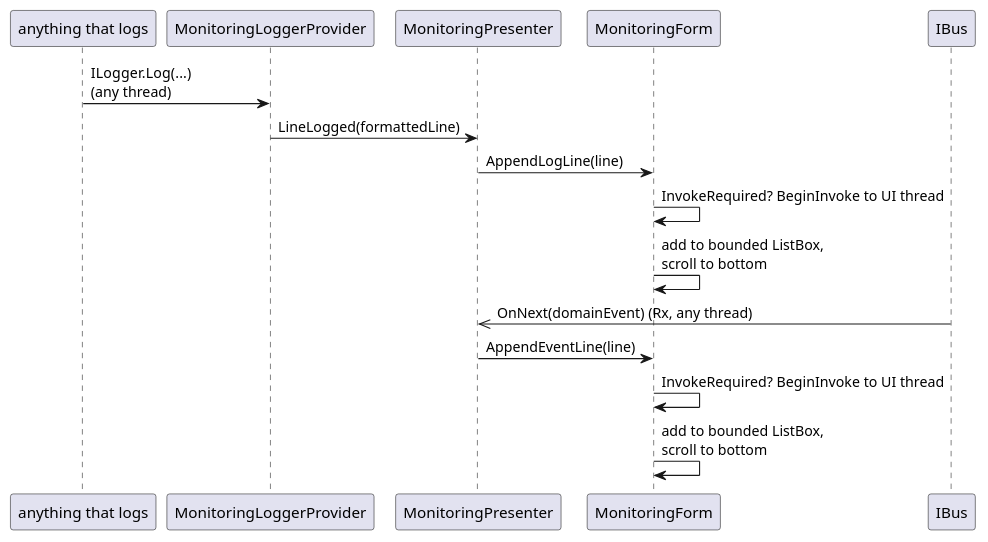
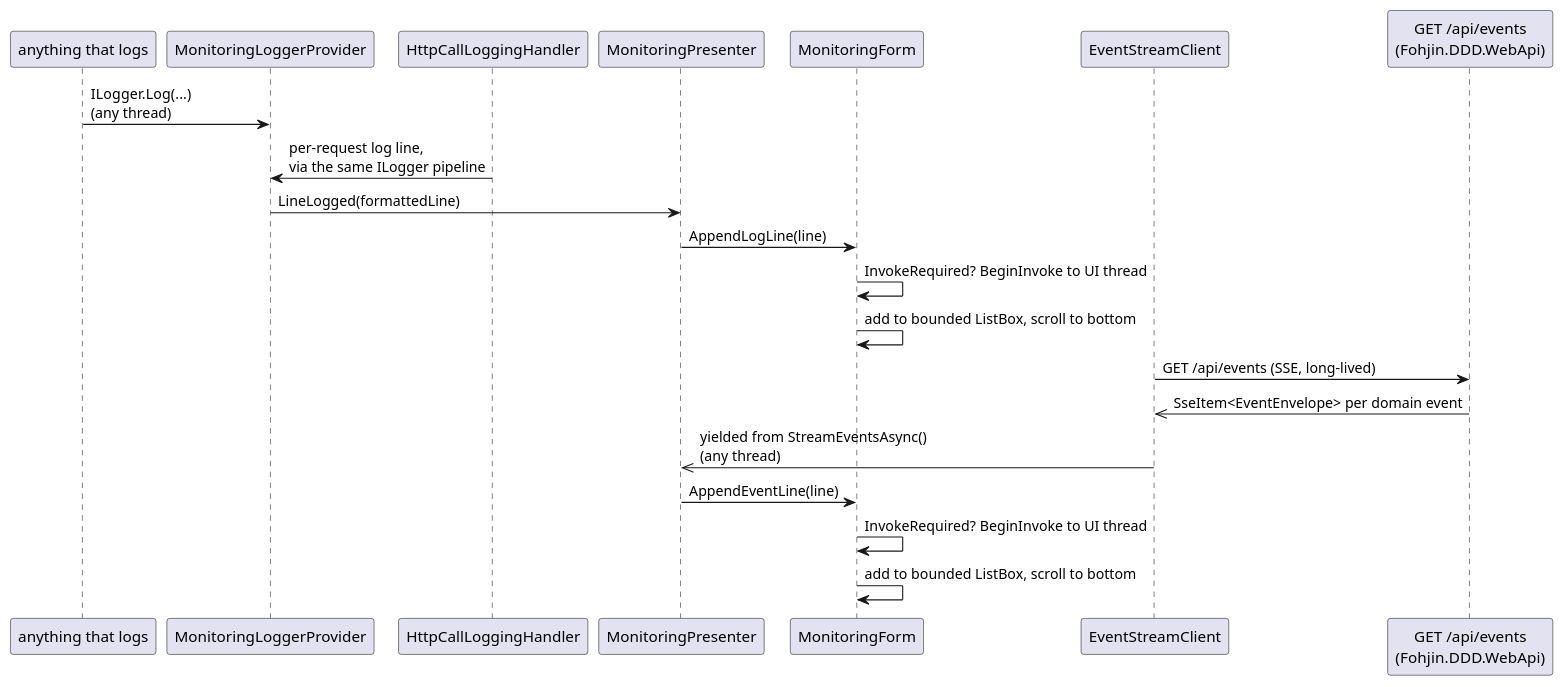
Before and after one commit to Mwwhited-BookLearning/fohjin-cqrs: diagram 11 of 12 in docs/09-winforms-ui.md, drawn with PlantUML. The commit also changed other lines of this file and 8 other files, not shown here.

````diff
--- a/docs/09-winforms-ui.md
+++ b/docs/09-winforms-ui.md
@@ -248,20 +288,25 @@
 ```plantuml
 @startuml
 participant "anything that logs" as Logger
 participant "MonitoringLoggerProvider" as Provider
+participant "HttpCallLoggingHandler" as HttpLog
 participant "MonitoringPresenter" as Presenter
 participant "MonitoringForm" as View
-participant "IBus" as Bus
+participant "EventStreamClient" as Sse
+participant "GET /api/events\n(Fohjin.DDD.WebApi)" as Endpoint
 
 Logger -> Provider : ILogger.Log(...)\n(any thread)
+HttpLog -> Provider : per-request log line,\nvia the same ILogger pipeline
 Provider -> Presenter : LineLogged(formattedLine)
 Presenter -> View : AppendLogLine(line)
 View -> View : InvokeRequired? BeginInvoke to UI thread
-View -> View : add to bounded ListBox,\nscroll to bottom
+View -> View : add to bounded ListBox, scroll to bottom
 
-Bus ->> Presenter : OnNext(domainEvent) (Rx, any thread)
+Sse -> Endpoint : GET /api/events (SSE, long-lived)
+Endpoint ->> Sse : SseItem<EventEnvelope> per domain event
+Sse ->> Presenter : yielded from StreamEventsAsync()\n(any thread)
 Presenter -> View : AppendEventLine(line)
 View -> View : InvokeRequired? BeginInvoke to UI thread
-View -> View : add to bounded ListBox,\nscroll to bottom
+View -> View : add to bounded ListBox, scroll to bottom
 @enduml
 ```
````
